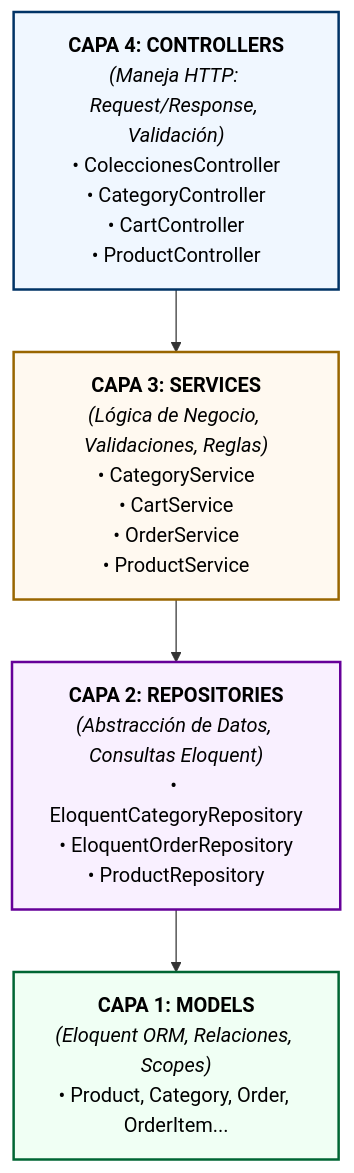
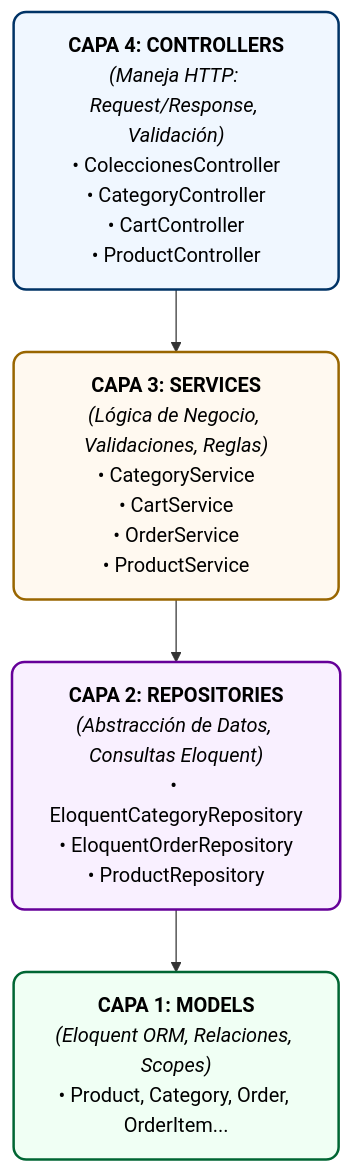
Before and after one commit to joangriful/MiKiwi: the diagram in docs/backend/GUIA_ARQUITECTURA_Y_CONTROLADORES.md, drawn with Mermaid. The commit also changed 1 other file, not shown here.

Commit message:
docs: modernize Mermaid diagrams with rounded corners

````diff
--- a/docs/backend/GUIA_ARQUITECTURA_Y_CONTROLADORES.md
+++ b/docs/backend/GUIA_ARQUITECTURA_Y_CONTROLADORES.md
@@ -23,19 +23,19 @@
 ```mermaid
 graph TD
     C["<b>CAPA 4: CONTROLLERS</b><br/><i>(Maneja HTTP: Request/Response, Validación)</i><br/>• ColeccionesController<br/>• CategoryController<br/>• CartController<br/>• ProductController"]
     
     S["<b>CAPA 3: SERVICES</b><br/><i>(Lógica de Negocio, Validaciones, Reglas)</i><br/>• CategoryService<br/>• CartService<br/>• OrderService<br/>• ProductService"]
     
     R["<b>CAPA 2: REPOSITORIES</b><br/><i>(Abstracción de Datos, Consultas Eloquent)</i><br/>• EloquentCategoryRepository<br/>• EloquentOrderRepository<br/>• ProductRepository"]
     
     M["<b>CAPA 1: MODELS</b><br/><i>(Eloquent ORM, Relaciones, Scopes)</i><br/>• Product, Category, Order, OrderItem..."]
 
     C --> S
     S --> R
     R --> M
 
-    style C fill:#f0f7ff,stroke:#003366,stroke-width:2px,color:#000
-    style S fill:#fff9f0,stroke:#996600,stroke-width:2px,color:#000
-    style R fill:#f9f0ff,stroke:#660099,stroke-width:2px,color:#000
-    style M fill:#f0fff4,stroke:#006633,stroke-width:2px,color:#000
+    style C fill:#f0f7ff,stroke:#003366,stroke-width:2px,color:#000,rx:10,ry:10
+    style S fill:#fff9f0,stroke:#996600,stroke-width:2px,color:#000,rx:10,ry:10
+    style R fill:#f9f0ff,stroke:#660099,stroke-width:2px,color:#000,rx:10,ry:10
+    style M fill:#f0fff4,stroke:#006633,stroke-width:2px,color:#000,rx:10,ry:10
 ```
````
